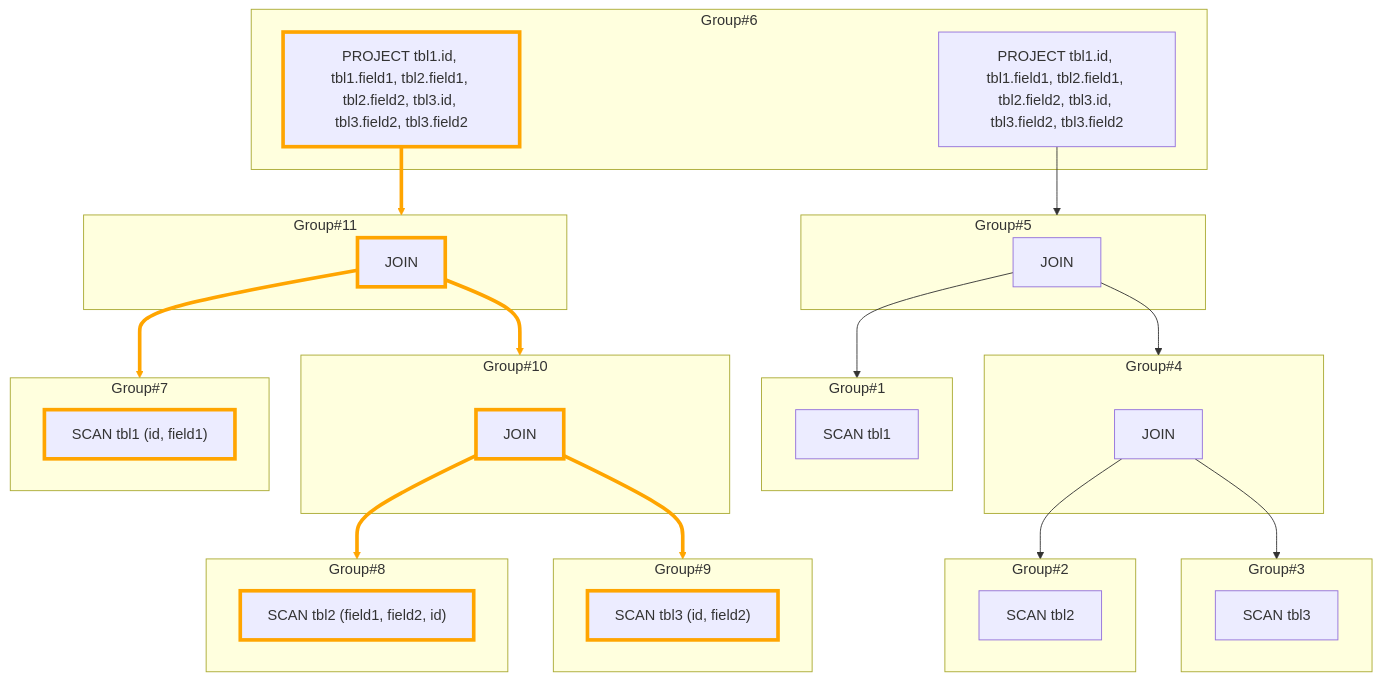
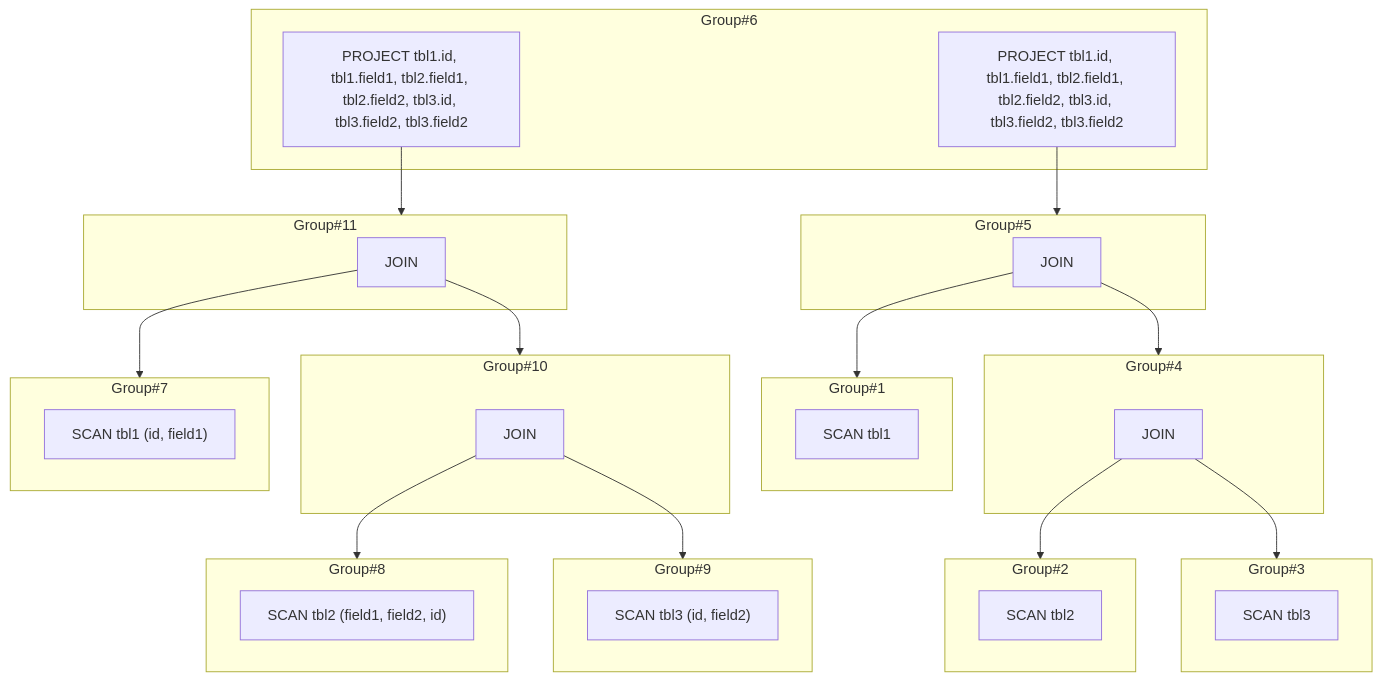
Before and after one commit to tuannh982/query-planner-guide: the fourth of 11 diagrams in README.md, drawn with Mermaid. The commit also changed other lines of this file, not shown here.

````diff
--- a/README.md
+++ b/README.md
@@ -165,58 +165,47 @@
 ```mermaid
 graph TD
     subgraph Group#8
         Expr#8["SCAN tbl2 (field1, field2, id)"]
     end
     subgraph Group#2
         Expr#2["SCAN tbl2"]
     end
     subgraph Group#11
         Expr#11["JOIN"]
     end
     Expr#11 --> Group#7
     Expr#11 --> Group#10
     subgraph Group#5
         Expr#5["JOIN"]
     end
     Expr#5 --> Group#1
     Expr#5 --> Group#4
     subgraph Group#4
         Expr#4["JOIN"]
     end
     Expr#4 --> Group#2
     Expr#4 --> Group#3
     subgraph Group#7
         Expr#7["SCAN tbl1 (id, field1)"]
     end
     subgraph Group#1
         Expr#1["SCAN tbl1"]
     end
     subgraph Group#10
         Expr#10["JOIN"]
     end
     Expr#10 --> Group#8
     Expr#10 --> Group#9
     subgraph Group#9
         Expr#9["SCAN tbl3 (id, field2)"]
     end
     subgraph Group#3
         Expr#3["SCAN tbl3"]
     end
     subgraph Group#6
         Expr#12["PROJECT tbl1.id, tbl1.field1, tbl2.field1, tbl2.field2, tbl3.id, tbl3.field2, tbl3.field2"]
         Expr#6["PROJECT tbl1.id, tbl1.field1, tbl2.field1, tbl2.field2, tbl3.id, tbl3.field2, tbl3.field2"]
     end
     Expr#12 --> Group#11
     Expr#6 --> Group#5
-    style Expr#12 stroke-width: 4px, stroke: orange
-    style Expr#8 stroke-width: 4px, stroke: orange
-    style Expr#10 stroke-width: 4px, stroke: orange
-    style Expr#9 stroke-width: 4px, stroke: orange
-    style Expr#11 stroke-width: 4px, stroke: orange
-    style Expr#7 stroke-width: 4px, stroke: orange
-    linkStyle 0 stroke-width: 4px, stroke: orange
-    linkStyle 1 stroke-width: 4px, stroke: orange
-    linkStyle 6 stroke-width: 4px, stroke: orange
-    linkStyle 7 stroke-width: 4px, stroke: orange
-    linkStyle 8 stroke-width: 4px, stroke: orange
 ```
````
